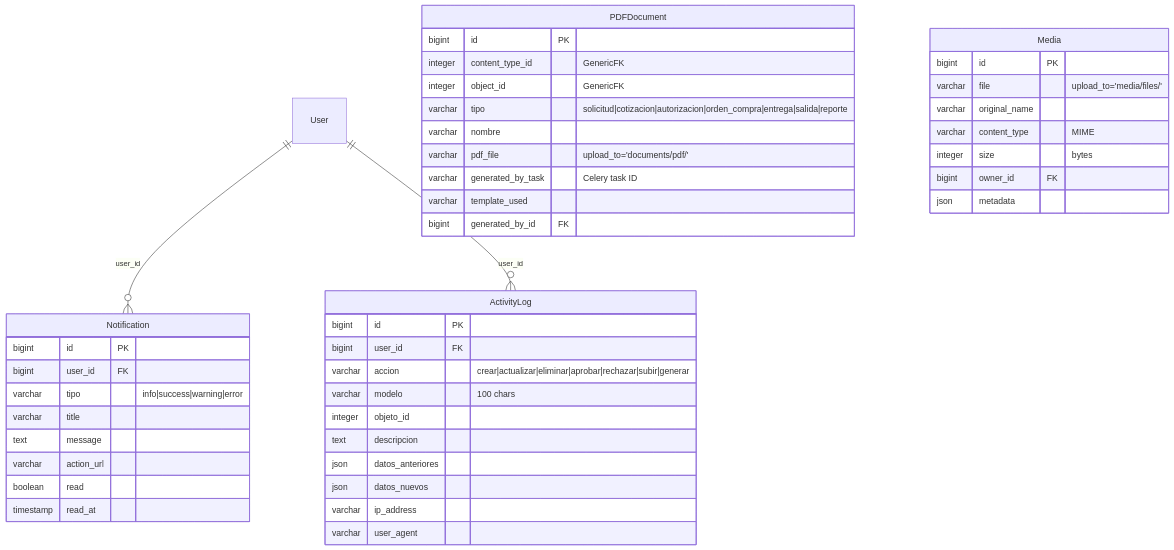
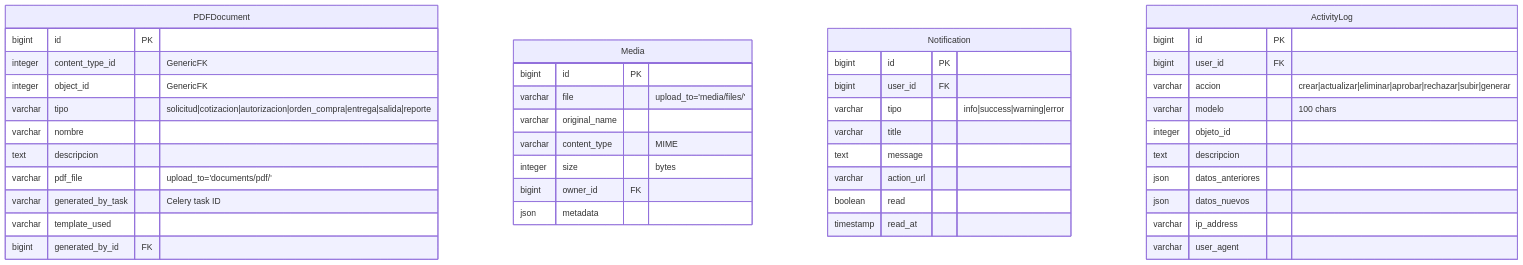
Diagram 12 of 12 in docs/DATABASE.md (AsahioO/Gastos_Distribuidosv2), drawn with Mermaid before and after one commit. The commit also changed other lines of this file and 1 other file, not shown here.

First line of the commit message:
Add architecture diagrams for Gastos Distribuidos v2

````diff
--- a/docs/DATABASE.md
+++ b/docs/DATABASE.md
@@ -707,51 +758,49 @@
 ```mermaid
 erDiagram
-    User ||--o{ Notification : "user_id"
-    User ||--o{ ActivityLog : "user_id"
+    PDFDocument {
+        bigint id PK
+        integer content_type_id "GenericFK"
+        integer object_id "GenericFK"
+        varchar tipo "solicitud|cotizacion|autorizacion|orden_compra|entrega|salida|reporte"
+        varchar nombre
+        text descripcion
+        varchar pdf_file "upload_to='documents/pdf/'"
+        varchar generated_by_task "Celery task ID"
+        varchar template_used
+        bigint generated_by_id FK
+    }
+
+    Media {
+        bigint id PK
+        varchar file "upload_to='media/files/'"
+        varchar original_name
+        varchar content_type "MIME"
+        integer size "bytes"
+        bigint owner_id FK
+        json metadata
+    }
 
     Notification {
         bigint id PK
         bigint user_id FK
         varchar tipo "info|success|warning|error"
         varchar title
         text message
         varchar action_url
         boolean read
         timestamp read_at
     }
 
     ActivityLog {
         bigint id PK
         bigint user_id FK
         varchar accion "crear|actualizar|eliminar|aprobar|rechazar|subir|generar"
         varchar modelo "100 chars"
         integer objeto_id
         text descripcion
         json datos_anteriores
         json datos_nuevos
         varchar ip_address
         varchar user_agent
     }
-
-    PDFDocument {
-        bigint id PK
-        integer content_type_id "GenericFK"
-        integer object_id "GenericFK"
-        varchar tipo "solicitud|cotizacion|autorizacion|orden_compra|entrega|salida|reporte"
-        varchar nombre
-        varchar pdf_file "upload_to='documents/pdf/'"
-        varchar generated_by_task "Celery task ID"
-        varchar template_used
-        bigint generated_by_id FK
-    }
-
-    Media {
-        bigint id PK
-        varchar file "upload_to='media/files/'"
-        varchar original_name
-        varchar content_type "MIME"
-        integer size "bytes"
-        bigint owner_id FK
-        json metadata
-    }
 ```
````
